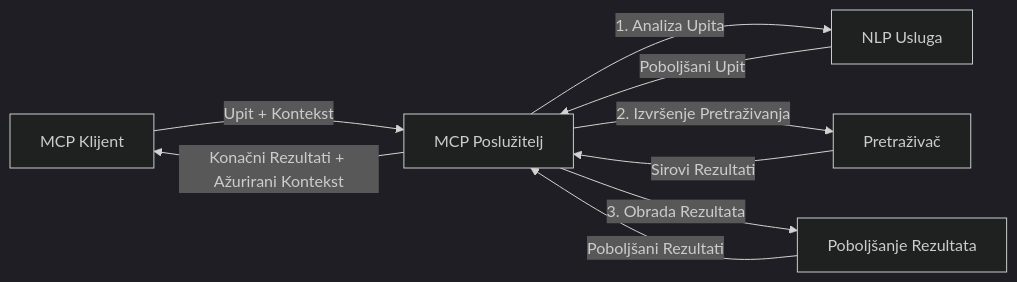
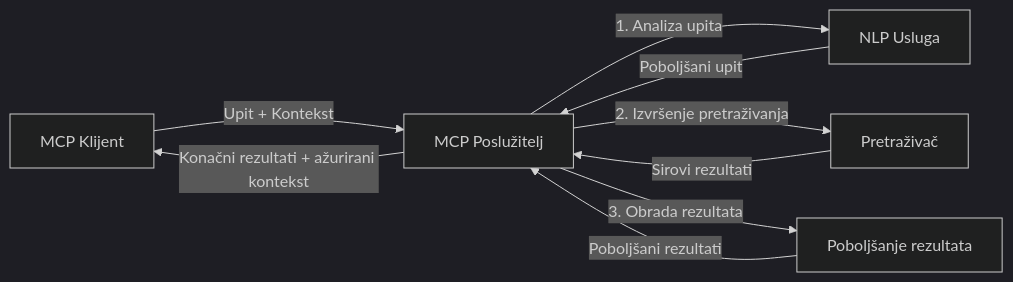
One commit to microsoft/mcp-for-beginners changed the fourth of 4 diagrams in translations/hr/05-AdvancedTopics/mcp-realtimesearch/README.md. Above: the diagram before and after it, drawn with Mermaid (dark theme). The commit also changed other lines of this file and 154 other files, not shown here.

````diff
--- a/translations/hr/05-AdvancedTopics/mcp-realtimesearch/README.md
+++ b/translations/hr/05-AdvancedTopics/mcp-realtimesearch/README.md
@@ -626,11 +628,11 @@
 ```mermaid
 graph LR
     Client[MCP Klijent] --> |Upit + Kontekst| Server[MCP Poslužitelj]
-    Server --> |1. Analiza Upita| NLP[NLP Usluga]
-    NLP --> |Poboljšani Upit| Server
-    Server --> |2. Izvršenje Pretraživanja| Search[Pretraživač]
-    Search --> |Sirovi Rezultati| Server
-    Server --> |3. Obrada Rezultata| Enhancement[Poboljšanje Rezultata]
-    Enhancement --> |Poboljšani Rezultati| Server
-    Server --> |Konačni Rezultati + Ažurirani Kontekst| Client
+    Server --> |1. Analiza upita| NLP[NLP Usluga]
+    NLP --> |Poboljšani upit| Server
+    Server --> |2. Izvršenje pretraživanja| Search[Pretraživač]
+    Search --> |Sirovi rezultati| Server
+    Server --> |3. Obrada rezultata| Enhancement[Poboljšanje rezultata]
+    Enhancement --> |Poboljšani rezultati| Server
+    Server --> |Konačni rezultati + ažurirani kontekst| Client
 ```
````
